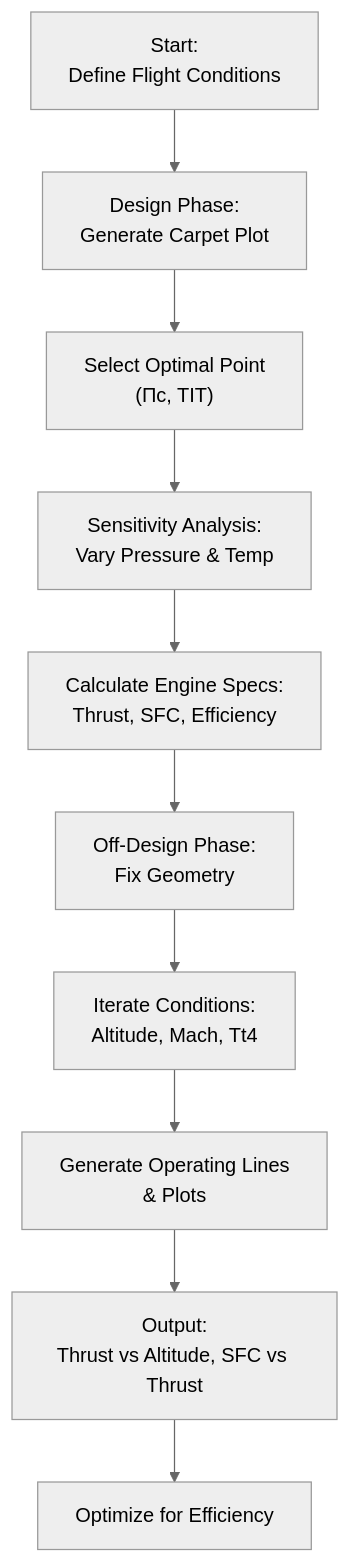
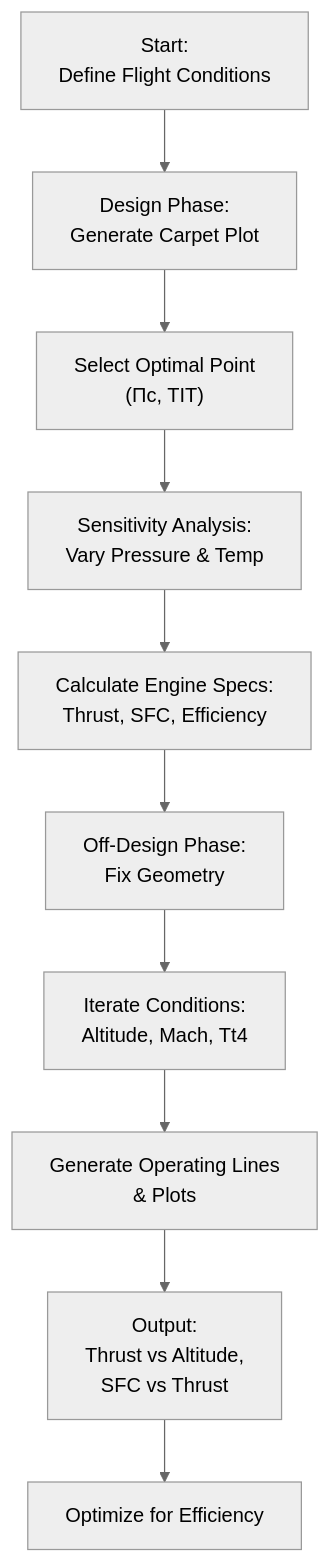
The diagram in README.md (honda003/Jet-Engine-Design-Optimization), drawn with Mermaid (neutral theme) before and after one commit.

````diff
--- a/README.md
+++ b/README.md
@@ -72,13 +72,13 @@
 ```mermaid
 graph TD;
     A["Start:<br/>Define Flight Conditions"] --> B["Design Phase:<br/>Generate Carpet Plot"];
     B --> C["Select Optimal Point<br/>(Πc, TIT)"];
     C --> D["Sensitivity Analysis:<br/>Vary Pressure & Temp"];
     D --> E["Calculate Engine Specs:<br/>Thrust, SFC, Efficiency"];
     E --> F["Off-Design Phase:<br/>Fix Geometry"];
     F --> G["Iterate Conditions:<br/>Altitude, Mach, Tt4"];
     G --> H["Generate Operating Lines<br/>& Plots"];
-    H --> I["Output:<br/>Thrust vs Altitude, SFC vs Thrust"];
+    H --> I["Output:<br/>Thrust vs Altitude, <br/>SFC vs Thrust"];
     I --> J["Optimize for Efficiency"];
 
 ```
````
